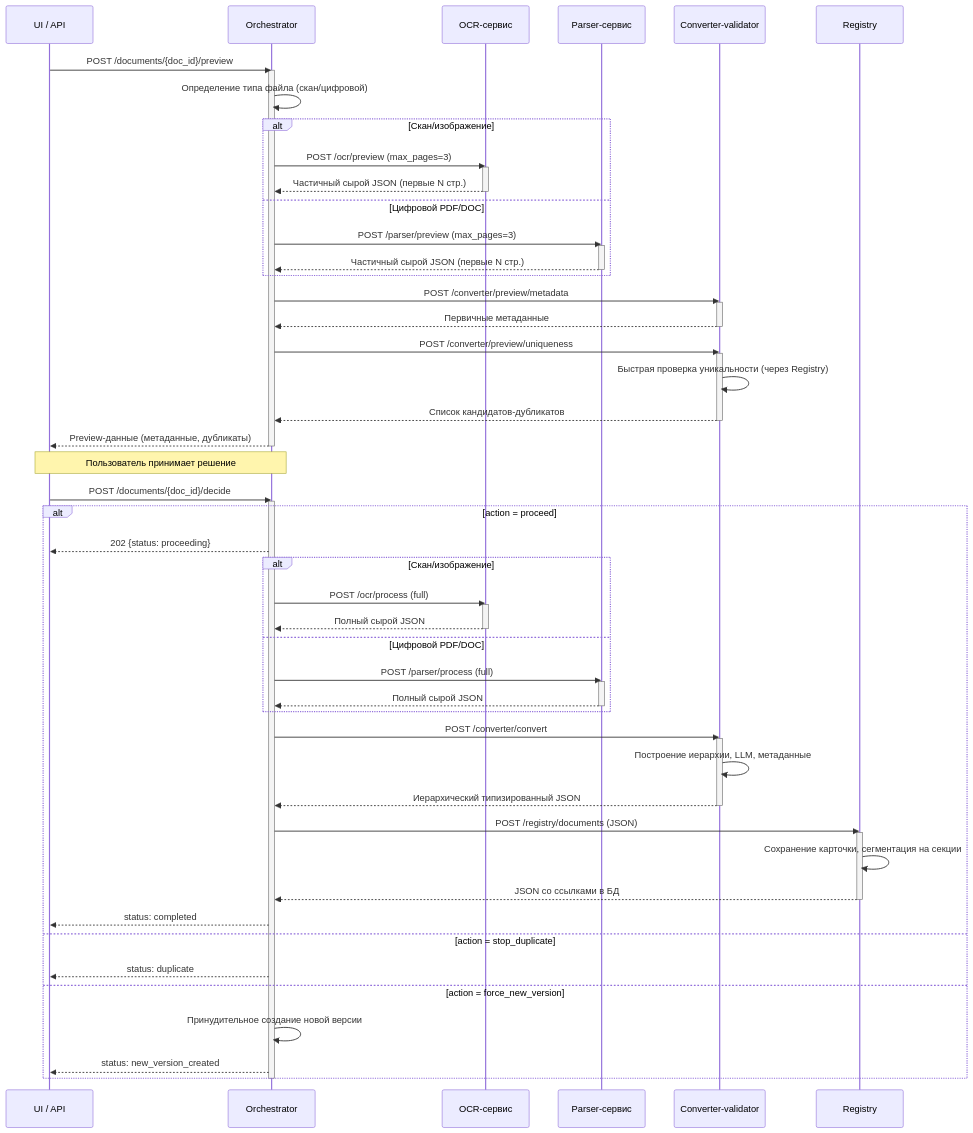
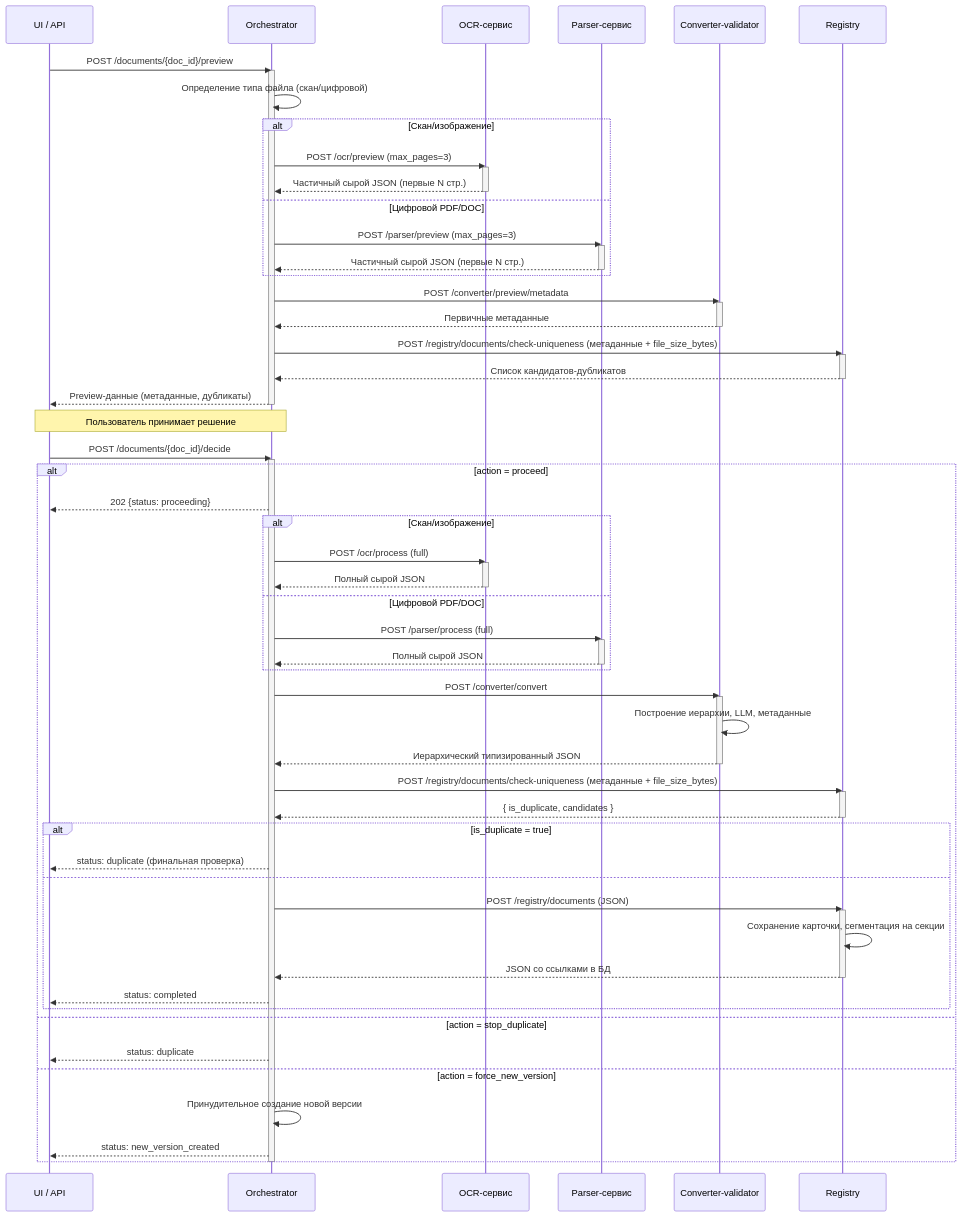
One commit to MasterKSAF/PKB changed the first of 3 diagrams in docs/pipelines/pipeline1-formation.md. Above: the diagram before and after it, drawn with Mermaid. The commit also changed other lines of this file and 12 other files, not shown here.

```diff
--- a/docs/pipelines/pipeline1-formation.md
+++ b/docs/pipelines/pipeline1-formation.md
@@ -32,11 +32,10 @@
     activate Conv
     Conv-->>Orch: Первичные метаданные
     deactivate Conv
-    Orch->>Conv: POST /converter/preview/uniqueness
-    activate Conv
-    Conv->>Conv: Быстрая проверка уникальности (через Registry)
-    Conv-->>Orch: Список кандидатов-дубликатов
-    deactivate Conv
+    Orch->>Reg: POST /registry/documents/check-uniqueness (метаданные + file_size_bytes)
+    activate Reg
+    Reg-->>Orch: Список кандидатов-дубликатов
+    deactivate Reg
     Orch-->>UI: Preview-данные (метаданные, дубликаты)
     deactivate Orch
 
@@ -66,13 +65,20 @@
         Conv-->>Orch: Иерархический типизированный JSON
         deactivate Conv
 
-        Orch->>Reg: POST /registry/documents (JSON)
+        Orch->>Reg: POST /registry/documents/check-uniqueness (метаданные + file_size_bytes)
         activate Reg
-        Reg->>Reg: Сохранение карточки, сегментация на секции
-        Reg-->>Orch: JSON со ссылками в БД
+        Reg-->>Orch: { is_duplicate, candidates }
         deactivate Reg
-
-        Orch-->>UI: status: completed
+        alt is_duplicate = true
+            Orch-->>UI: status: duplicate (финальная проверка)
+        else
+            Orch->>Reg: POST /registry/documents (JSON)
+            activate Reg
+            Reg->>Reg: Сохранение карточки, сегментация на секции
+            Reg-->>Orch: JSON со ссылками в БД
+            deactivate Reg
+            Orch-->>UI: status: completed
+        end
     else action = stop_duplicate
         Orch-->>UI: status: duplicate
     else action = force_new_version
```
